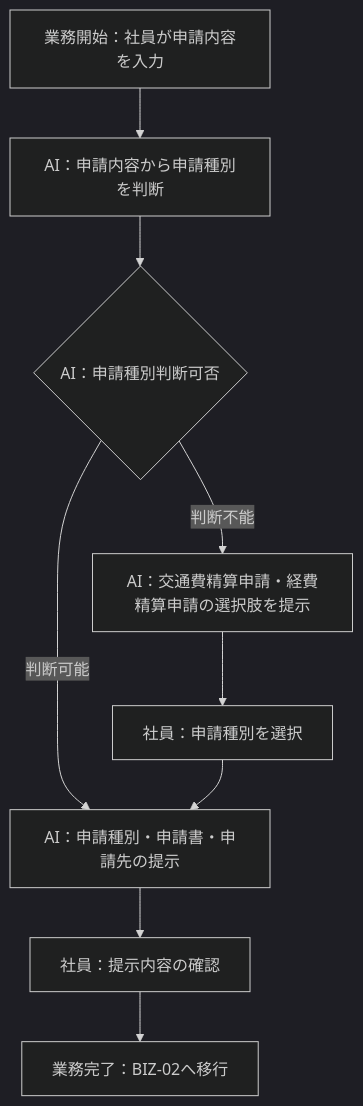
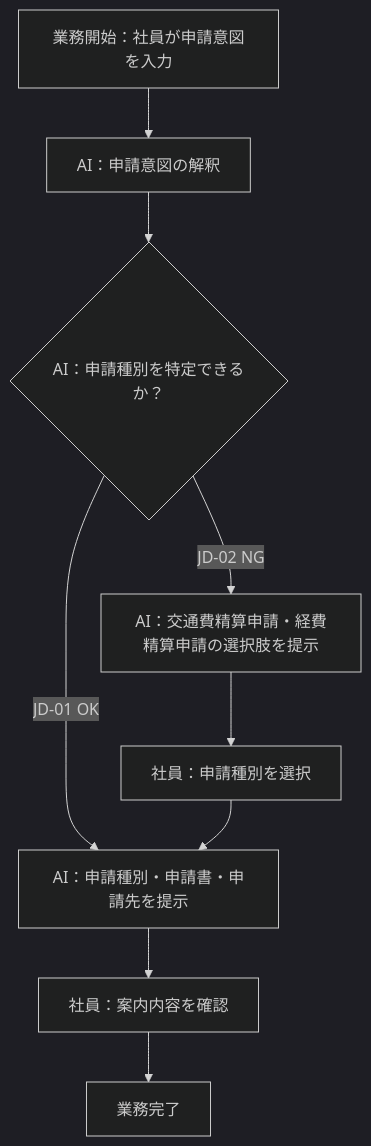
One commit to horii003/AIAgentBookCC changed the first of 4 diagrams in artifacts/01_business-requirements/outputs/業務プロセス定義.md. Above: the diagram before and after it, drawn with Mermaid (dark theme). The commit also changed other lines of this file and 153 other files, not shown here.

````diff
--- a/artifacts/01_business-requirements/outputs/業務プロセス定義.md
+++ b/artifacts/01_business-requirements/outputs/業務プロセス定義.md
@@ -21,11 +27,11 @@
 ```mermaid
 flowchart TD
-    A[業務開始：社員が申請内容を入力] --> B[AI：申請内容から申請種別を判断]
-    B --> C{AI：申請種別判断可否}
-    C -->|判断可能| D[AI：申請種別・申請書・申請先の提示]
-    C -->|判断不能| E[AI：交通費精算申請・経費精算申請の選択肢を提示]
-    E --> F2[社員：申請種別を選択]
-    F2 --> D
-    D --> H[社員：提示内容の確認]
-    H --> I[業務完了：BIZ-02へ移行]
+    A[業務開始：社員が申請意図を入力] --> B[AI：申請意図の解釈]
+    B --> C{AI：申請種別を特定できるか？}
+    C -->|JD-01 OK| D[AI：申請種別・申請書・申請先を提示]
+    C -->|JD-02 NG| E[AI：交通費精算申請・経費精算申請の選択肢を提示]
+    E --> F[社員：申請種別を選択]
+    F --> D
+    D --> G[社員：案内内容を確認]
+    G --> H[業務完了]
 ```
````
